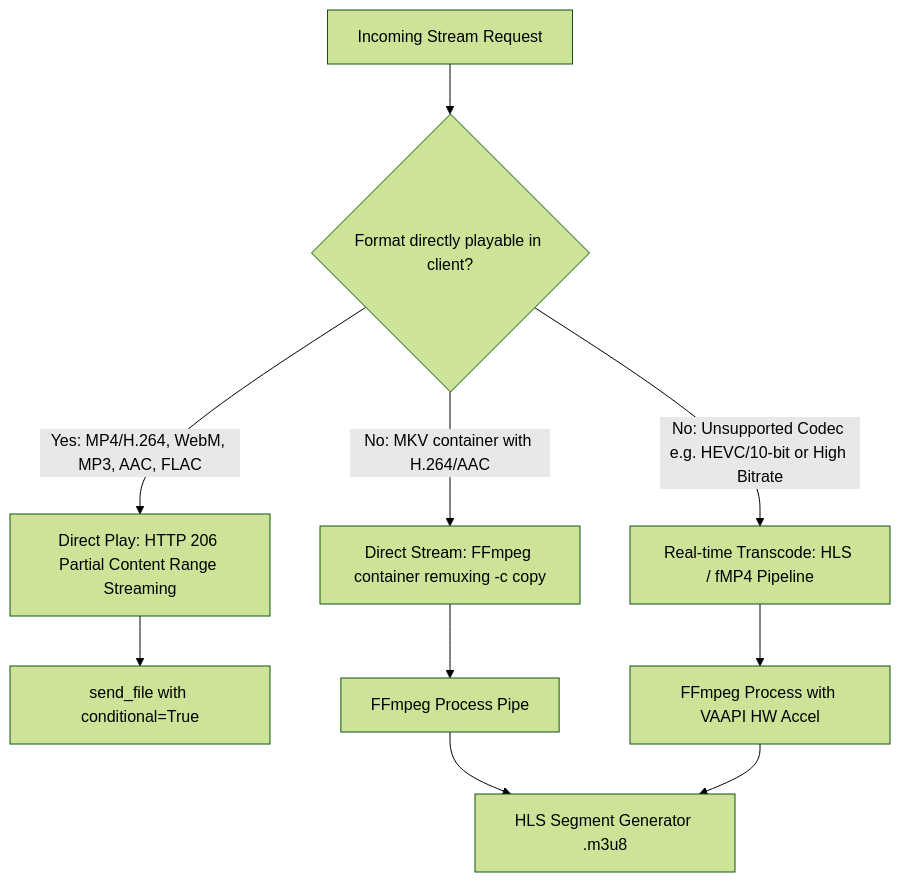
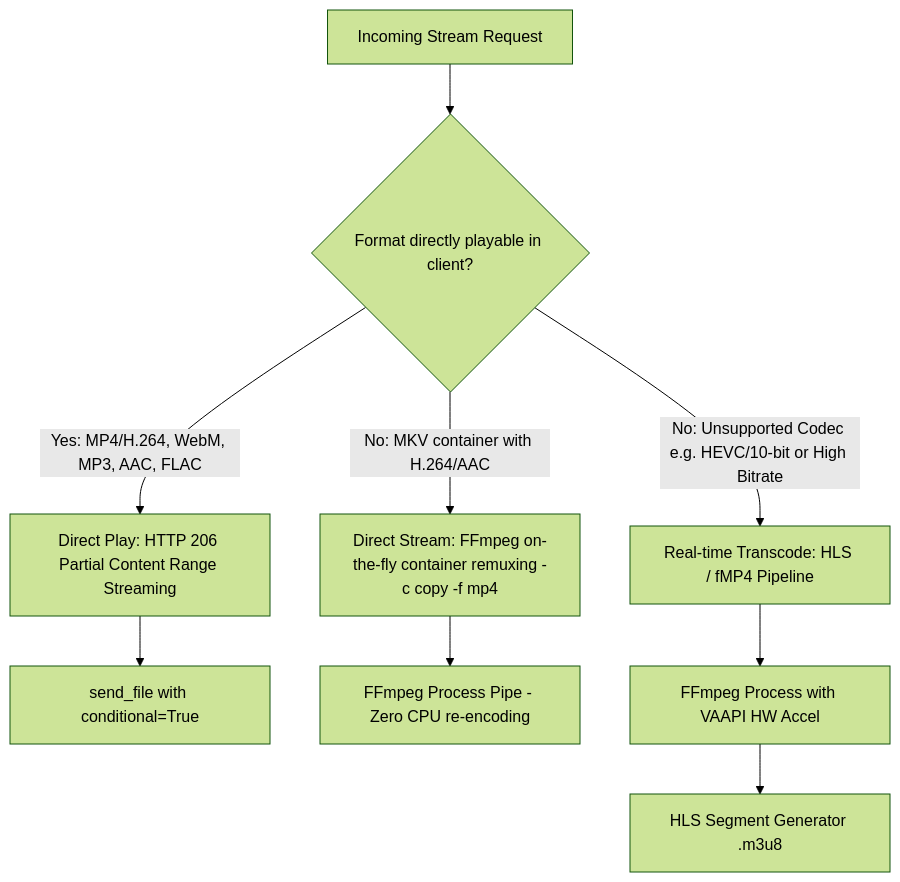
Before and after one commit to syfq91/aarkib: the fifth of 6 diagrams in media_server_execution_plan.md, drawn with Mermaid (forest theme). The commit also changed other lines of this file and 3 other files, not shown here.

First line of the commit message:
docs: update execution plan and architecture from media server evaluation

````diff
--- a/media_server_execution_plan.md
+++ b/media_server_execution_plan.md
@@ -242,15 +312,14 @@
 ```mermaid
 flowchart TD
     Req[Incoming Stream Request] --> DirectCheck{Format directly playable in client?}
     
     DirectCheck -->|Yes: MP4/H.264, WebM, MP3, AAC, FLAC| DirectPlay[Direct Play: HTTP 206 Partial Content Range Streaming]
-    DirectCheck -->|No: MKV container with H.264/AAC| Remux[Direct Stream: FFmpeg container remuxing -c copy]
+    DirectCheck -->|No: MKV container with H.264/AAC| Remux[Direct Stream: FFmpeg on-the-fly container remuxing -c copy -f mp4]
     DirectCheck -->|No: Unsupported Codec e.g. HEVC/10-bit or High Bitrate| Transcode[Real-time Transcode: HLS / fMP4 Pipeline]
 
     DirectPlay --> FlaskSendFile[send_file with conditional=True]
-    Remux --> FFmpegProcess[FFmpeg Process Pipe]
+    Remux --> FFmpegProcess[FFmpeg Process Pipe - Zero CPU re-encoding]
     Transcode --> FFmpegHW[FFmpeg Process with VAAPI HW Accel]
     
-    FFmpegProcess --> HLSPlaylist[HLS Segment Generator .m3u8]
-    FFmpegHW --> HLSPlaylist
+    FFmpegHW --> HLSPlaylist[HLS Segment Generator .m3u8]
 ```
````
